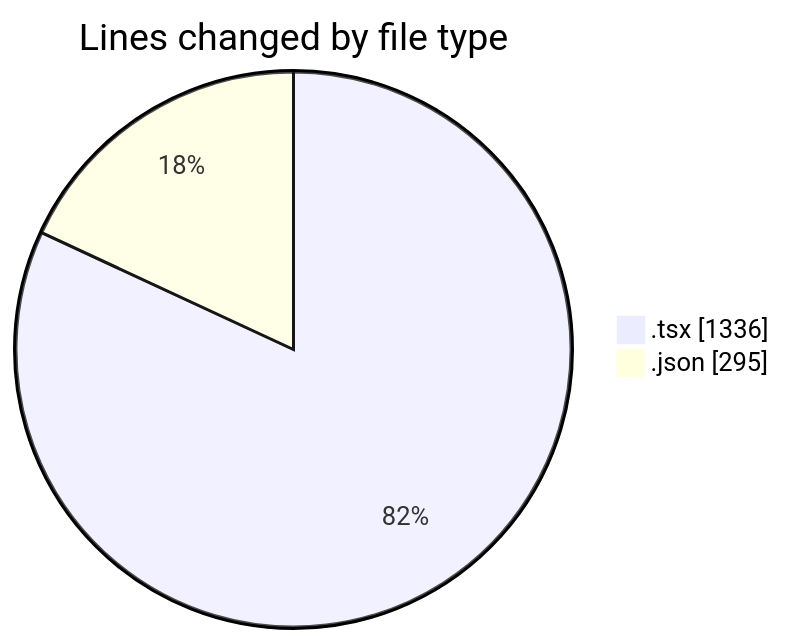
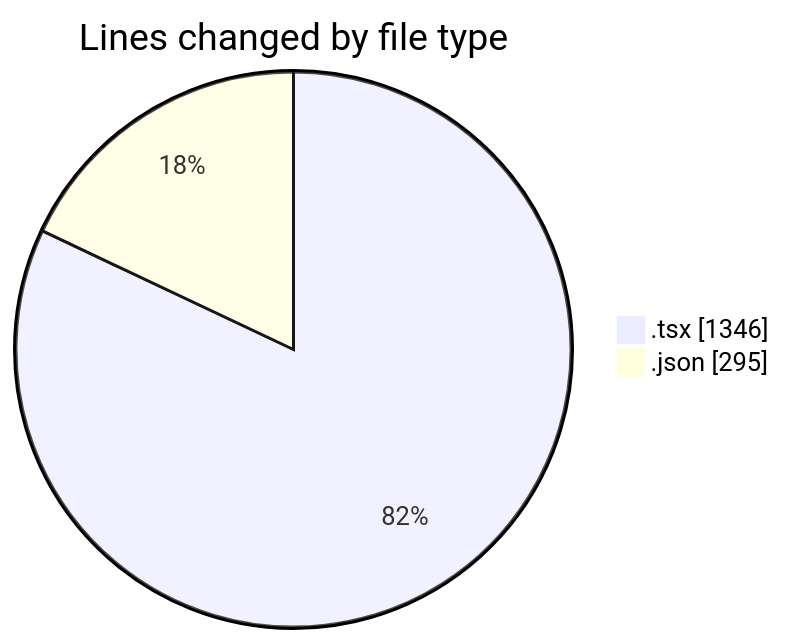
Before and after one commit to julien-gomy/code-tracking: the first of 2 diagrams in 2025-10-11/eventscop-frontend-guide__workspace_/README.md, drawn with Mermaid. The commit also changed other lines of this file and 1 other file, not shown here.

````diff
--- a/2025-10-11/eventscop-frontend-guide__workspace_/README.md
+++ b/2025-10-11/eventscop-frontend-guide__workspace_/README.md
@@ -33,6 +33,6 @@
 ```mermaid
 pie showData
 title Lines changed by file type
-".tsx" : 1336
+".tsx" : 1346
 ".json" : 295
 ```
````
